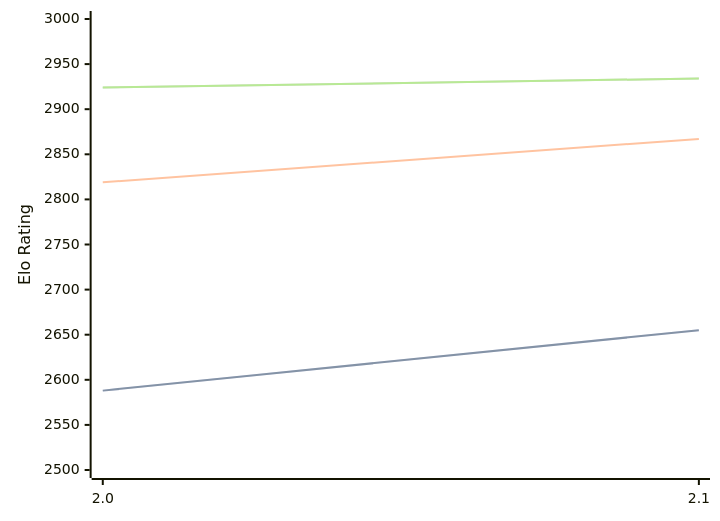
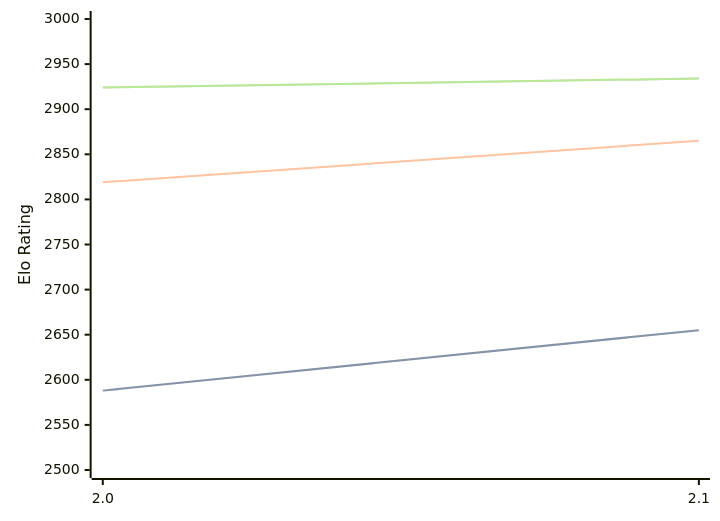
The diagram in engines/Noggin.md (computer-chess-index/cci), drawn with Mermaid before and after one commit. The commit also changed other lines of this file, not shown here.

````diff
--- a/engines/Noggin.md
+++ b/engines/Noggin.md
@@ -33,11 +33,11 @@
 ```mermaid
 %%{init: {"theme":"base","themeVariables":{"seriesColors:['#a3a3a3','#222221','#faa371']}}}%%
 xychart-beta
   x-axis ["2.0", "2.1"]
   y-axis "Elo Rating" 2500 --> 3000
   line "STC (8.0+0.08s)" [2588, 2655]
   line "STC (8.0+0.08s)" [2588, 2655]
-  line "LTC (60.0+0.60s)" [2819, 2867]
+  line "LTC (60.0+0.60s)" [2819, 2865]
   line "VLTC (2m24s+1.12s)" [2924, 2934]
   line "VLTC (2m24s+1.12s)" [2924, 2934]
 ```
````
